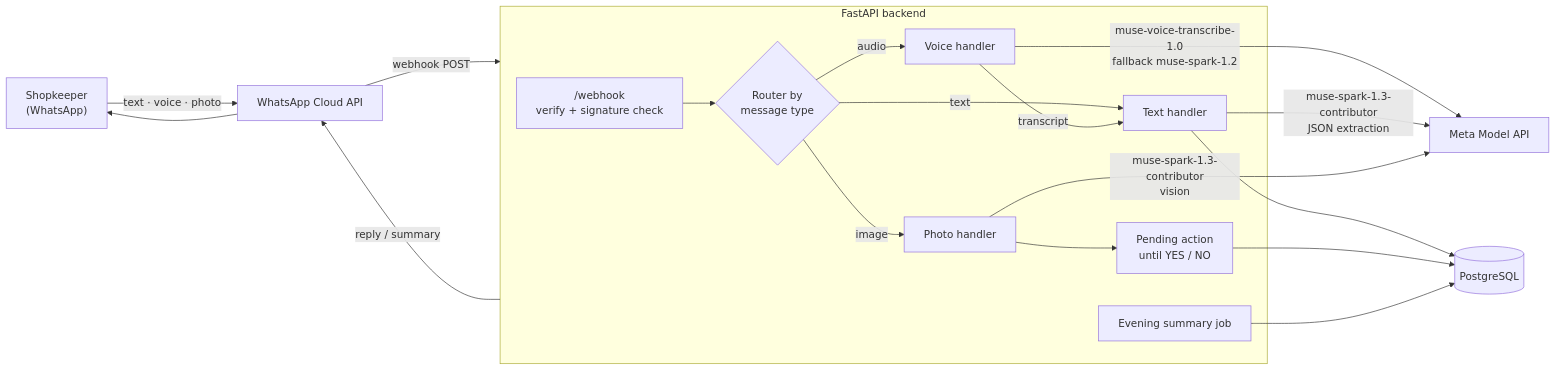
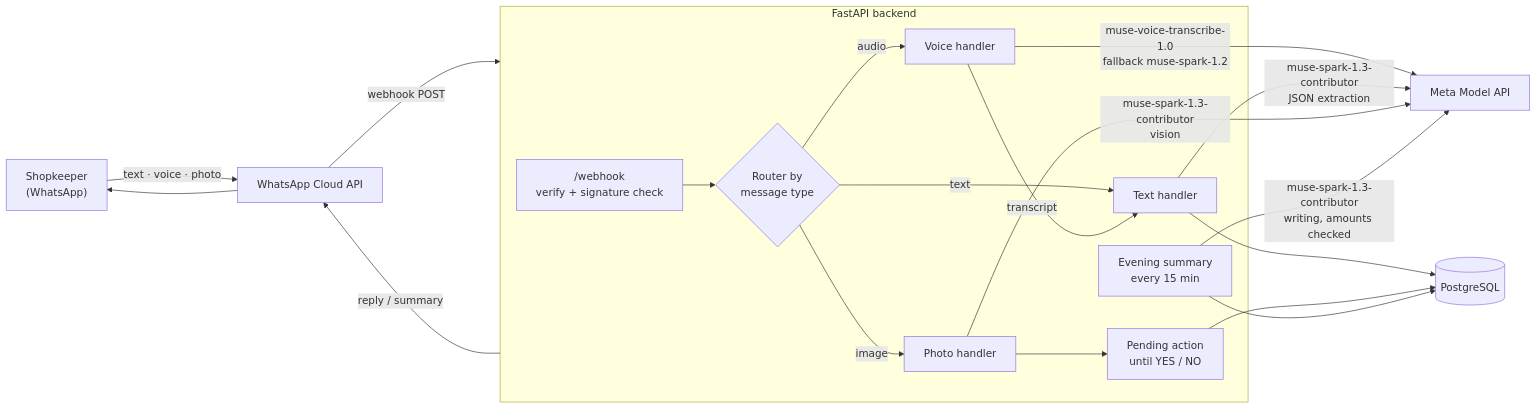
One commit to celestedev445-hub/boutiko changed the first of 5 diagrams in README.md. Above: the diagram before and after it, drawn with Mermaid. The commit also changed other lines of this file and 22 other files, not shown here.

First line of the commit message:
Add daily evening summary

````diff
--- a/README.md
+++ b/README.md
@@ -34,23 +34,24 @@
 ```mermaid
 flowchart LR
     U["Shopkeeper<br/>(WhatsApp)"] -->|text · voice · photo| WA[WhatsApp Cloud API]
     WA -->|webhook POST| API
 
     subgraph API[FastAPI backend]
         W["/webhook<br/>verify + signature check"] --> R{Router by<br/>message type}
         R -->|text| T[Text handler]
         R -->|audio| A[Voice handler]
         R -->|image| RC[Photo handler]
         RC --> PA[Pending action<br/>until YES / NO]
-        J[Evening summary job]
+        J[Evening summary<br/>every 15 min]
     end
 
     A -->|muse-voice-transcribe-1.0<br/>fallback muse-spark-1.2| M[Meta Model API]
     A -->|transcript| T
     T -->|muse-spark-1.3-contributor<br/>JSON extraction| M
     RC -->|muse-spark-1.3-contributor<br/>vision| M
 
     T & PA --> DB[(PostgreSQL)]
     J --> DB
+    J -->|muse-spark-1.3-contributor<br/>writing, amounts checked| M
     API -->|reply / summary| WA --> U
 ```
````
